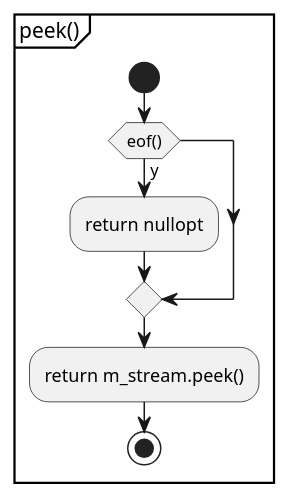
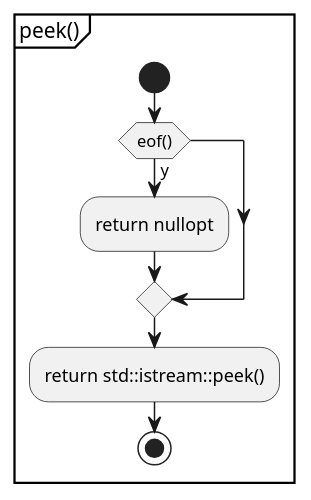
One commit to KodaiYM/PDFReader changed the second of 12 diagrams in document/document_reader/ipdfstream/tokenizer/istream_extended/istream_extended.activity.pu. Above: the diagram before and after it, drawn with PlantUML. The commit also changed other lines of this file and 38 other files, not shown here.

```diff
--- a/document/document_reader/ipdfstream/tokenizer/istream_extended/istream_extended.activity.pu
+++ b/document/document_reader/ipdfstream/tokenizer/istream_extended/istream_extended.activity.pu
@@ -14,11 +11,11 @@
 @startuml peek
 partition "peek()" {
 start
 	if (eof()) then (y)
 		:return nullopt;
 	endif
 
-	:return m_stream.peek();
+	:return std::istream::peek();
 stop
 }
 @enduml
```
